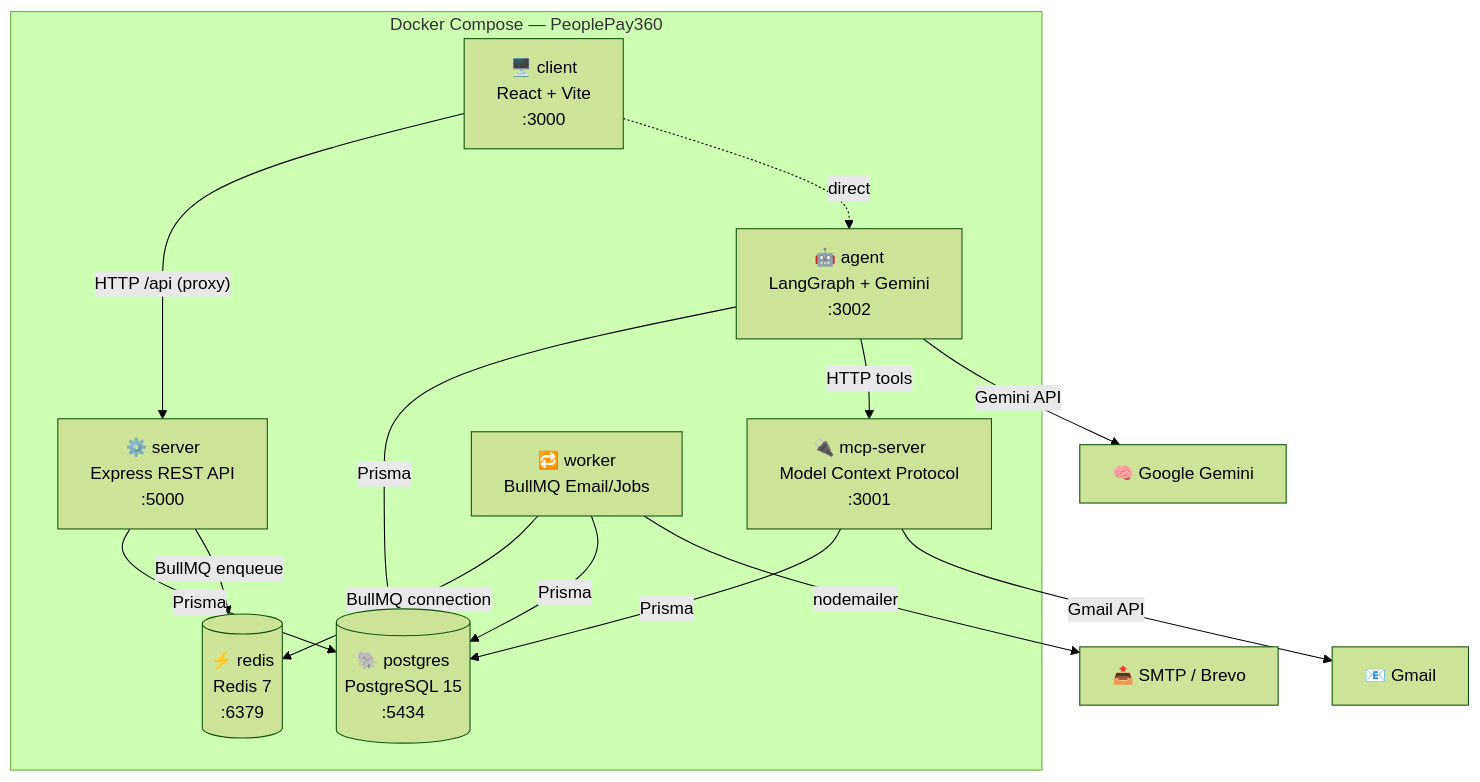
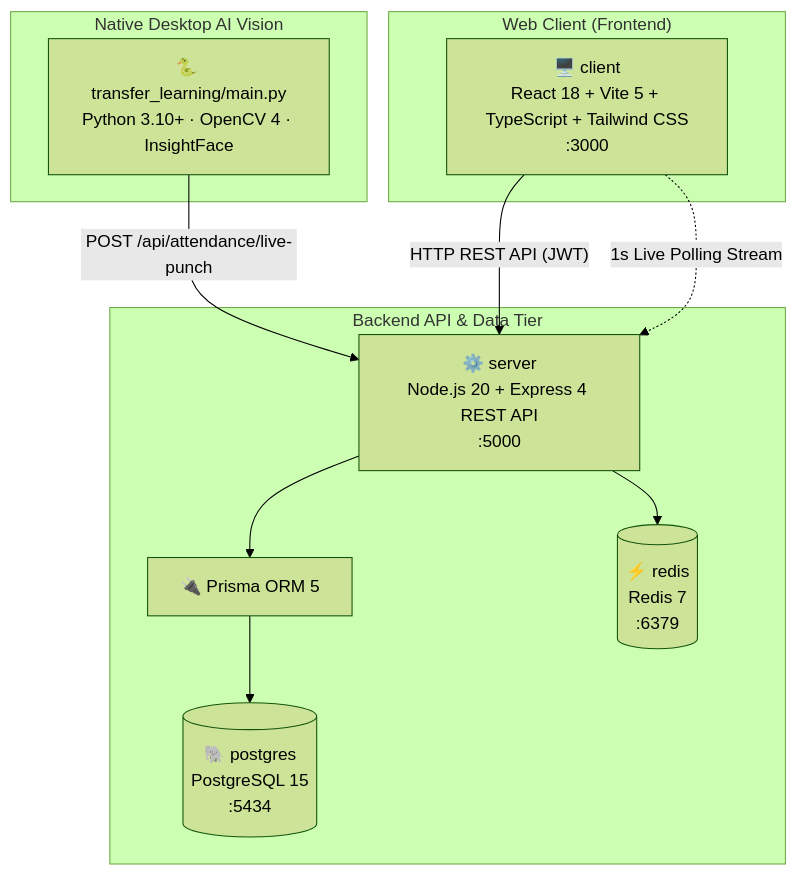
Before and after one commit to Parthparmar57/team_49_odoo_grand_final_hackathon: the third of 6 diagrams in README.md, drawn with Mermaid (forest theme). The commit also changed other lines of this file and 1 other file, not shown here.

````diff
--- a/README.md
+++ b/README.md
@@ -35,25 +127,24 @@
 ```mermaid
 graph TB
-    subgraph "Docker Compose — PeoplePay360"
-        FE["🖥️ client<br/>React + Vite<br/>:3000"]
-        SRV["⚙️ server<br/>Express REST API<br/>:5000"]
-        MCP["🔌 mcp-server<br/>Model Context Protocol<br/>:3001"]
-        AGT["🤖 agent<br/>LangGraph + Gemini<br/>:3002"]
-        WK["🔁 worker<br/>BullMQ Email/Jobs"]
-        PG[("🐘 postgres<br/>PostgreSQL 15<br/>:5434")]
-        RD[("⚡ redis<br/>Redis 7<br/>:6379")]
+    subgraph "Native Desktop AI Vision"
+        PY["🐍 transfer_learning/main.py<br/>Python 3.10+ · OpenCV 4 · InsightFace"]
     end
 
-    FE -->|"HTTP /api (proxy)"| SRV
-    FE -.->|"direct"| AGT
-    MCP -->|"Prisma"| PG
-    SRV -->|"Prisma"| PG
-    AGT -->|"Prisma"| PG
-    AGT -->|"HTTP tools"| MCP
-    WK -->|"BullMQ connection"| RD
-    WK -->|"Prisma"| PG
-    SRV -->|"BullMQ enqueue"| RD
-    MCP -->|"Gmail API"| GM["📧 Gmail"]
-    WK -->|"nodemailer"| SMTP["📤 SMTP / Brevo"]
-    AGT -->|"Gemini API"| GLM["🧠 Google Gemini"]
+    subgraph "Web Client (Frontend)"
+        REACT["🖥️ client<br/>React 18 + Vite 5 + TypeScript + Tailwind CSS<br/>:3000"]
+    end
+
+    subgraph "Backend API & Data Tier"
+        EXPRESS["⚙️ server<br/>Node.js 20 + Express 4 REST API<br/>:5000"]
+        PRISMA["🔌 Prisma ORM 5"]
+        PG[("🐘 postgres<br/>PostgreSQL 15<br/>:5434")]
+        REDIS[("⚡ redis<br/>Redis 7<br/>:6379")]
+    end
+
+    PY -->|"POST /api/attendance/live-punch"| EXPRESS
+    REACT -->|"HTTP REST API (JWT)"| EXPRESS
+    REACT -.->|"1s Live Polling Stream"| EXPRESS
+    EXPRESS --> PRISMA
+    PRISMA --> PG
+    EXPRESS --> REDIS
 ```
````
